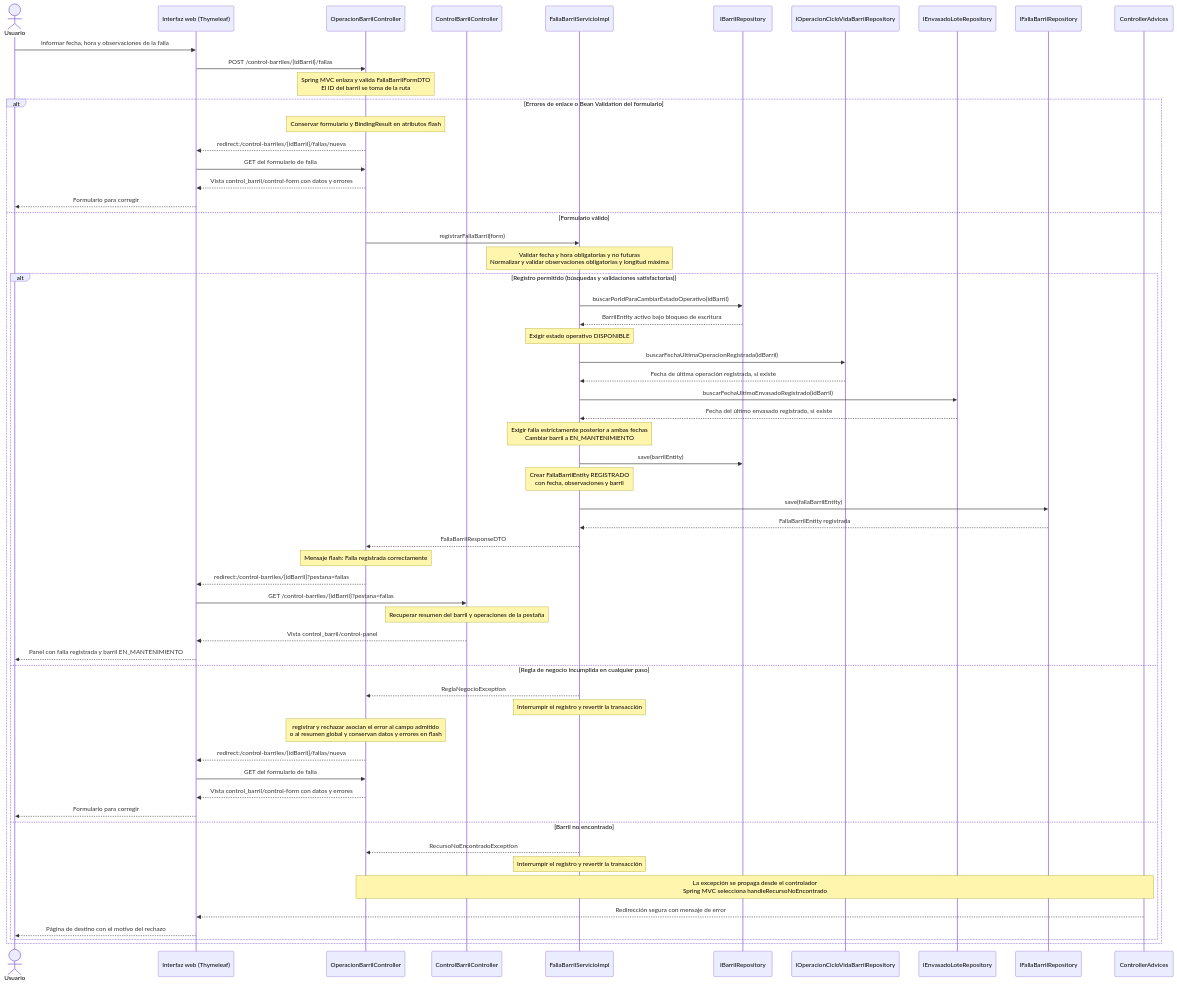
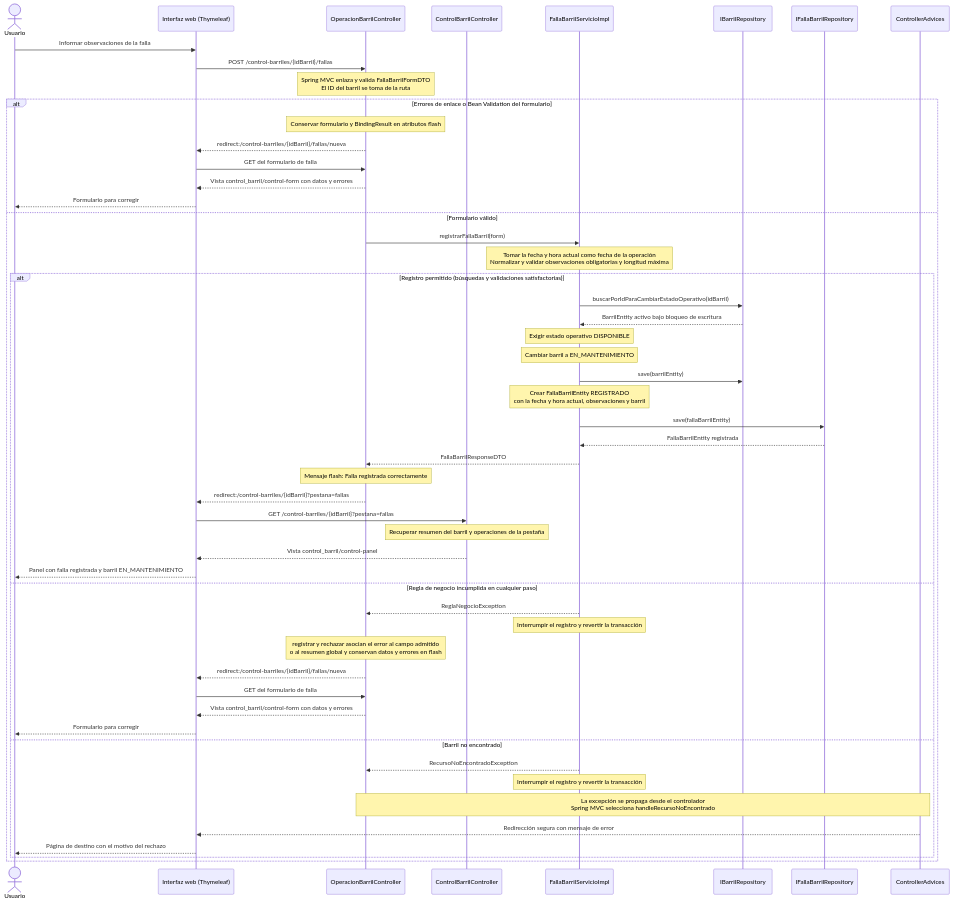
The diagram in docs/MetodologiaUP/Diseño/DSD/DSD-registrarFallaBarril.md (HeikyuDev/MaestroCervecero), drawn with Mermaid before and after one commit. The commit also changed other lines of this file and 79 other files, not shown here.

First line of the commit message:
refactor(ciclo-vida): register lifecycle operations with the current date and time

````diff
--- a/docs/MetodologiaUP/Diseño/DSD/DSD-registrarFallaBarril.md
+++ b/docs/MetodologiaUP/Diseño/DSD/DSD-registrarFallaBarril.md
@@ -5,62 +5,56 @@
 ```mermaid
 sequenceDiagram
     actor Usuario
     participant Vista as Interfaz web (Thymeleaf)
     participant C as OperacionBarrilController
     participant Panel as ControlBarrilController
     participant S as FallaBarrilServicioImpl
     participant B as IBarrilRepository
-    participant O as IOperacionCicloVidaBarrilRepository
-    participant E as IEnvasadoLoteRepository
     participant F as IFallaBarrilRepository
     participant A as ControllerAdvices
 
-    Usuario->>Vista: Informar fecha, hora y observaciones de la falla
+    Usuario->>Vista: Informar observaciones de la falla
     Vista->>C: POST /control-barriles/{idBarril}/fallas
     Note over C: Spring MVC enlaza y valida FallaBarrilFormDTO<br/>El ID del barril se toma de la ruta
     alt Errores de enlace o Bean Validation del formulario
         Note over C: Conservar formulario y BindingResult en atributos flash
         C-->>Vista: redirect:/control-barriles/{idBarril}/fallas/nueva
         Vista->>C: GET del formulario de falla
         C-->>Vista: Vista control_barril/control-form con datos y errores
         Vista-->>Usuario: Formulario para corregir
     else Formulario válido
         C->>S: registrarFallaBarril(form)
-        Note over S: Validar fecha y hora obligatorias y no futuras<br/>Normalizar y validar observaciones obligatorias y longitud máxima
+        Note over S: Tomar la fecha y hora actual como fecha de la operación<br/>Normalizar y validar observaciones obligatorias y longitud máxima
         alt Registro permitido (búsquedas y validaciones satisfactorias)
             S->>B: buscarPorIdParaCambiarEstadoOperativo(idBarril)
             B-->>S: BarrilEntity activo bajo bloqueo de escritura
             Note over S: Exigir estado operativo DISPONIBLE
-            S->>O: buscarFechaUltimaOperacionRegistrada(idBarril)
-            O-->>S: Fecha de última operación registrada, si existe
-            S->>E: buscarFechaUltimoEnvasadoRegistrado(idBarril)
-            E-->>S: Fecha del último envasado registrado, si existe
-            Note over S: Exigir falla estrictamente posterior a ambas fechas<br/>Cambiar barril a EN_MANTENIMIENTO
+            Note over S: Cambiar barril a EN_MANTENIMIENTO
             S->>B: save(barrilEntity)
-            Note over S: Crear FallaBarrilEntity REGISTRADO<br/>con fecha, observaciones y barril
+            Note over S: Crear FallaBarrilEntity REGISTRADO<br/>con la fecha y hora actual, observaciones y barril
             S->>F: save(fallaBarrilEntity)
             F-->>S: FallaBarrilEntity registrada
             S-->>C: FallaBarrilResponseDTO
             Note over C: Mensaje flash: Falla registrada correctamente
             C-->>Vista: redirect:/control-barriles/{idBarril}?pestana=fallas
             Vista->>Panel: GET /control-barriles/{idBarril}?pestana=fallas
             Note over Panel: Recuperar resumen del barril y operaciones de la pestaña
             Panel-->>Vista: Vista control_barril/control-panel
             Vista-->>Usuario: Panel con falla registrada y barril EN_MANTENIMIENTO
         else Regla de negocio incumplida en cualquier paso
             S-->>C: ReglaNegocioException
             Note over S: Interrumpir el registro y revertir la transacción
             Note over C: registrar y rechazar asocian el error al campo admitido<br/>o al resumen global y conservan datos y errores en flash
             C-->>Vista: redirect:/control-barriles/{idBarril}/fallas/nueva
             Vista->>C: GET del formulario de falla
             C-->>Vista: Vista control_barril/control-form con datos y errores
             Vista-->>Usuario: Formulario para corregir
         else Barril no encontrado
             S-->>C: RecursoNoEncontradoException
             Note over S: Interrumpir el registro y revertir la transacción
             Note over C,A: La excepción se propaga desde el controlador<br/>Spring MVC selecciona handleRecursoNoEncontrado
             A-->>Vista: Redirección segura con mensaje de error
             Vista-->>Usuario: Página de destino con el motivo del rechazo
         end
     end
 ```
````
